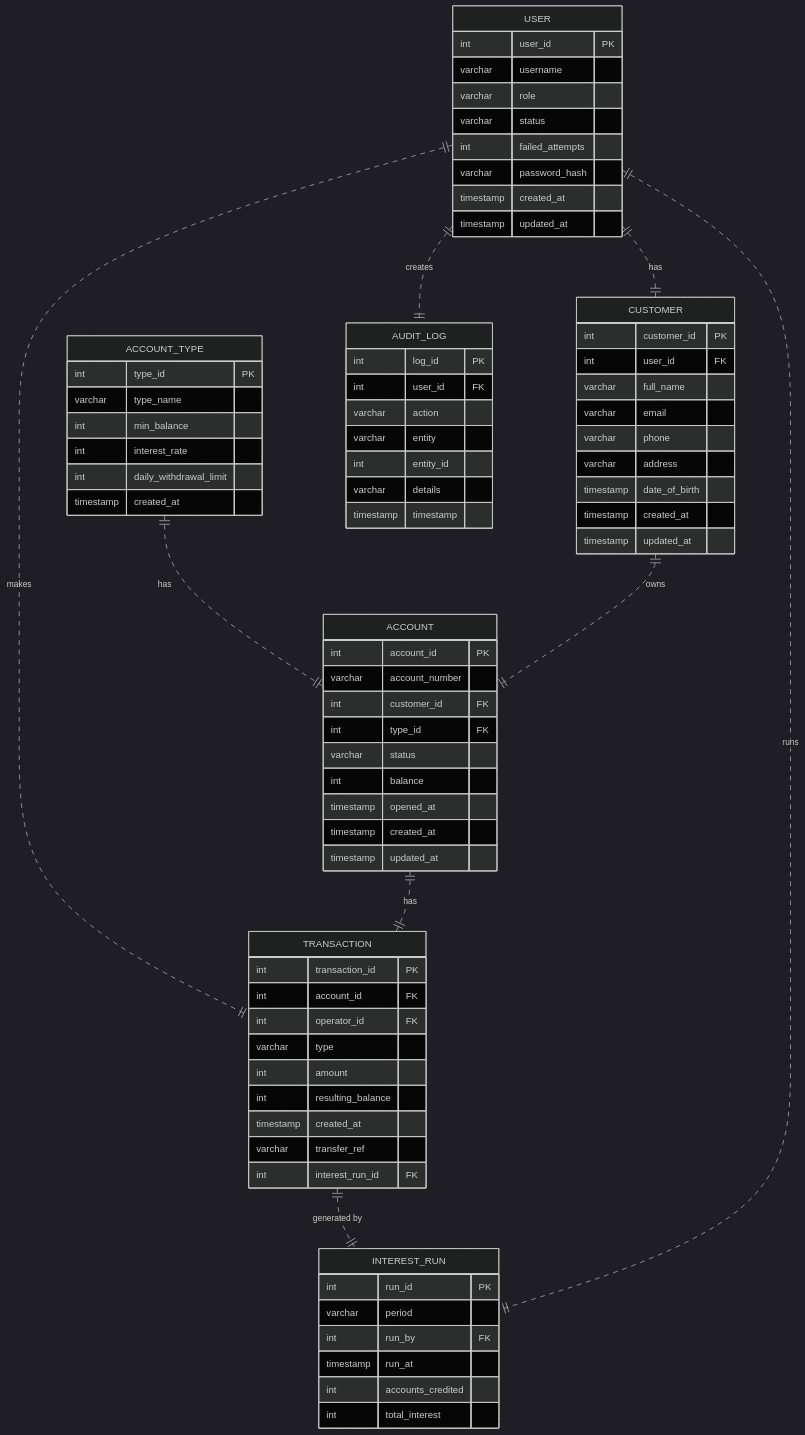
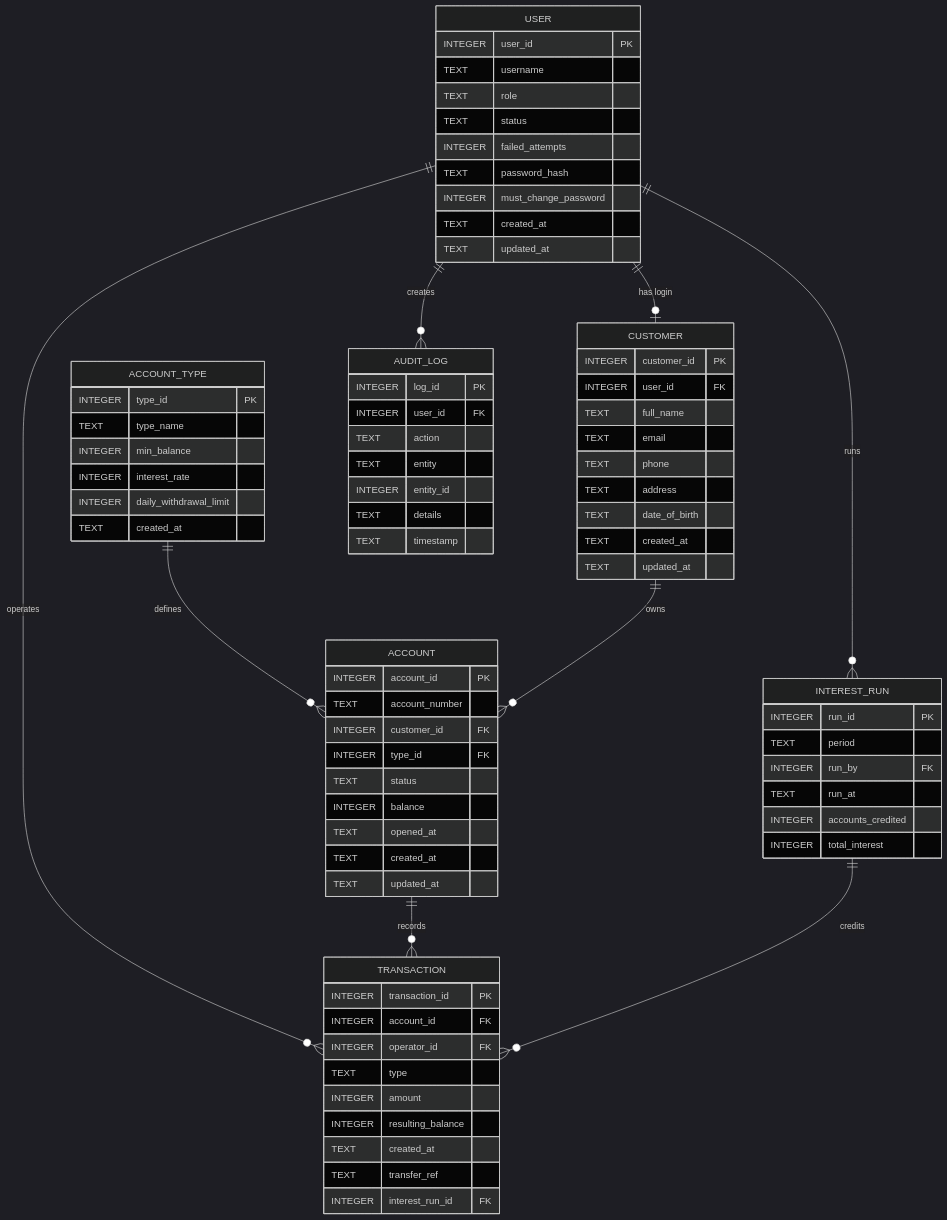
One commit to PES-BankManagementSystem/Bank-Management-System changed the diagram in design/er-diagram.mmd. Above: the diagram before and after it, drawn with Mermaid (dark theme). The commit also changed 2 other files, not shown here.

Commit message:
docs(srs): address review feedback

```diff
--- a/design/er-diagram.mmd
+++ b/design/er-diagram.mmd
@@ -1,84 +1,85 @@
 erDiagram
-    USER ||..|| CUSTOMER : "has"
-    USER ||..|| TRANSACTION : "makes"
-    ACCOUNT_TYPE ||..|| ACCOUNT : "has"
-    CUSTOMER ||..|| ACCOUNT : "owns"
-    ACCOUNT ||..|| TRANSACTION : "has"
-    TRANSACTION ||..|| INTEREST_RUN : "generated by"
-    USER ||..|| INTEREST_RUN : "runs"
-    USER ||..|| AUDIT_LOG : "creates"
+    USER ||--o| CUSTOMER : "has login"
+    USER ||--o{ TRANSACTION : "operates"
+    ACCOUNT_TYPE ||--o{ ACCOUNT : "defines"
+    CUSTOMER ||--o{ ACCOUNT : "owns"
+    ACCOUNT ||--o{ TRANSACTION : "records"
+    INTEREST_RUN ||--o{ TRANSACTION : "credits"
+    USER ||--o{ INTEREST_RUN : "runs"
+    USER ||--o{ AUDIT_LOG : "creates"
 
     USER {
-        int user_id PK
-        varchar username
-        varchar role
-        varchar status
-        int failed_attempts
-        varchar password_hash
-        timestamp created_at
-        timestamp updated_at
+        INTEGER user_id PK
+        TEXT username
+        TEXT role
+        TEXT status
+        INTEGER failed_attempts
+        TEXT password_hash
+        INTEGER must_change_password
+        TEXT created_at
+        TEXT updated_at
     }
 
     CUSTOMER {
-        int customer_id PK
-        int user_id FK
-        varchar full_name
-        varchar email
-        varchar phone
-        varchar address
-        timestamp date_of_birth
-        timestamp created_at
-        timestamp updated_at
+        INTEGER customer_id PK
+        INTEGER user_id FK
+        TEXT full_name
+        TEXT email
+        TEXT phone
+        TEXT address
+        TEXT date_of_birth
+        TEXT created_at
+        TEXT updated_at
     }
 
     ACCOUNT_TYPE {
-        int type_id PK
-        varchar type_name
-        int min_balance
-        int interest_rate
-        int daily_withdrawal_limit
-        timestamp created_at
+        INTEGER type_id PK
+        TEXT type_name
+        INTEGER min_balance
+        INTEGER interest_rate
+        INTEGER daily_withdrawal_limit
+        TEXT created_at
     }
 
     ACCOUNT {
-        int account_id PK
-        varchar account_number
-        int customer_id FK
-        int type_id FK
-        varchar status
-        int balance
-        timestamp opened_at
-        timestamp created_at
-        timestamp updated_at
+        INTEGER account_id PK
+        TEXT account_number
+        INTEGER customer_id FK
+        INTEGER type_id FK
+        TEXT status
+        INTEGER balance
+        TEXT opened_at
+        TEXT created_at
+        TEXT updated_at
     }
 
     TRANSACTION {
-        int transaction_id PK
-        int account_id FK
-        int operator_id FK
-        varchar type
-        int amount
-        int resulting_balance
-        timestamp created_at
-        varchar transfer_ref
-        int interest_run_id FK
+        INTEGER transaction_id PK
+        INTEGER account_id FK
+        INTEGER operator_id FK
+        TEXT type
+        INTEGER amount
+        INTEGER resulting_balance
+        TEXT created_at
+        TEXT transfer_ref
+        INTEGER interest_run_id FK
     }
 
     AUDIT_LOG {
-        int log_id PK
-        int user_id FK
-        varchar action
-        varchar entity
-        int entity_id
-        varchar details
-        timestamp timestamp
+        INTEGER log_id PK
+        INTEGER user_id FK
+        TEXT action
+        TEXT entity
+        INTEGER entity_id
+        TEXT details
+        TEXT timestamp
     }
 
     INTEREST_RUN {
-        int run_id PK
-        varchar period
-        int run_by FK
-        timestamp run_at
-        int accounts_credited
-        int total_interest
+        INTEGER run_id PK
+        TEXT period
+        INTEGER run_by FK
+        TEXT run_at
+        INTEGER accounts_credited
+        INTEGER total_interest
     }
```
